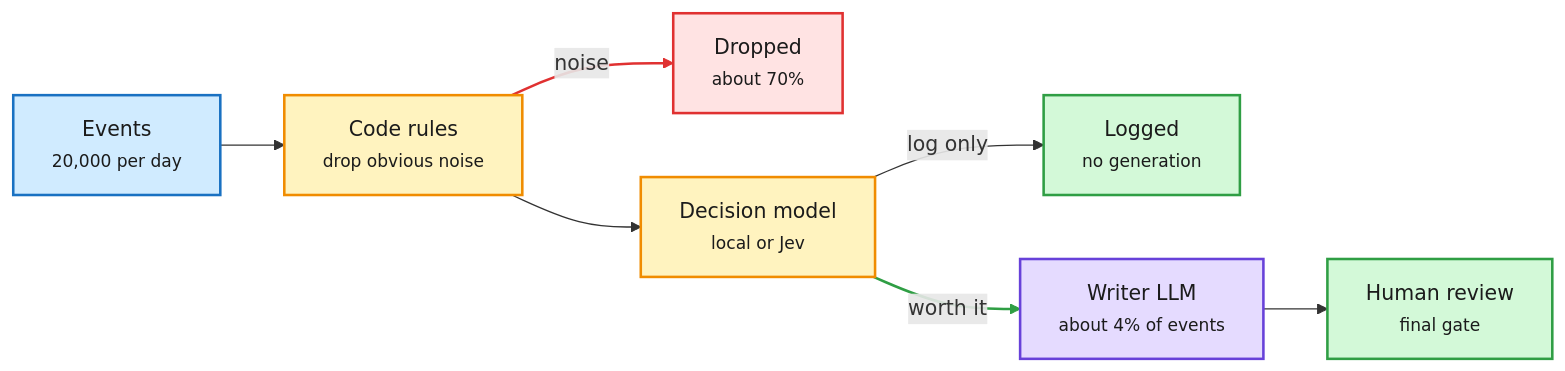
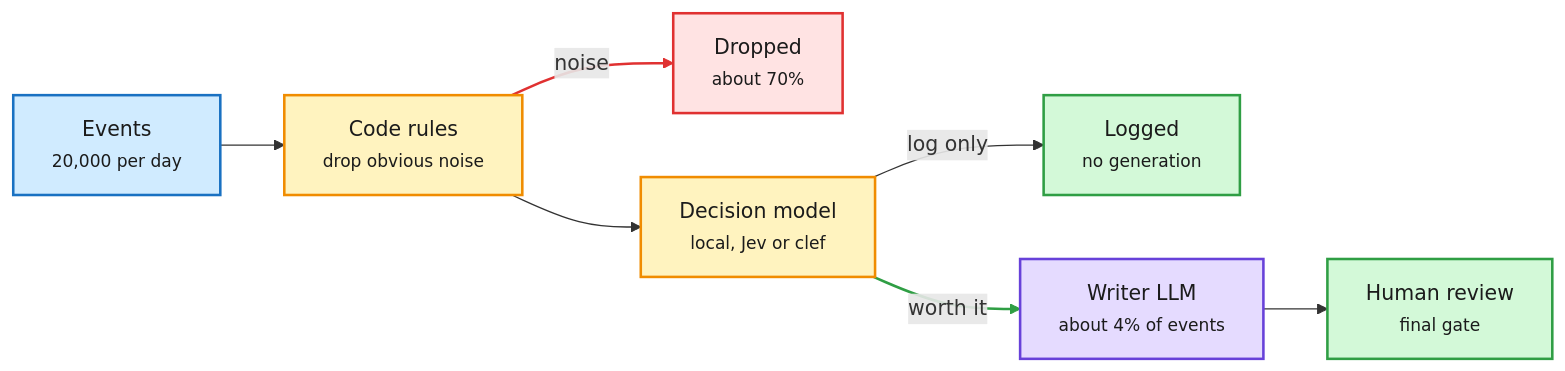
One commit to bayesiansapien/cere-bro changed the diagram in wiki/media-zone/2026-10/2026-10-02.md. Above: the diagram before and after it, drawn with Mermaid. The commit also changed other lines of this file, not shown here.

````diff
--- a/wiki/media-zone/2026-10/2026-10-02.md
+++ b/wiki/media-zone/2026-10/2026-10-02.md
@@ -27,21 +27,21 @@
 ```mermaid
 flowchart LR
   E["Events<br/><small>20,000 per day</small>"] --> C["Code rules<br/><small>drop obvious noise</small>"]
   C -->|noise| N["Dropped<br/><small>about 70%</small>"]
-  C --> D["Decision model<br/><small>local or Jev</small>"]
+  C --> D["Decision model<br/><small>local, Jev or clef</small>"]
   D -->|log only| G["Logged<br/><small>no generation</small>"]
   D -->|worth it| W["Writer LLM<br/><small>about 4% of events</small>"]
   W --> H["Human review<br/><small>final gate</small>"]
   classDef input fill:#d0ebff,stroke:#1971c2,color:#1b1b1b,stroke-width:2px
   classDef loop fill:#fff3bf,stroke:#f08c00,color:#1b1b1b,stroke-width:2px
   classDef core fill:#e5dbff,stroke:#6741d9,color:#1b1b1b,stroke-width:2px
   classDef exit fill:#d3f9d8,stroke:#2f9e44,color:#1b1b1b,stroke-width:2px
   classDef err fill:#ffe3e3,stroke:#e03131,color:#1b1b1b,stroke-width:2px
   class E input
   class C,D loop
   class N err
   class W core
   class G,H exit
   linkStyle 1 stroke:#e03131,stroke-width:2px
   linkStyle 4 stroke:#2f9e44,stroke-width:2px
 ```
````
